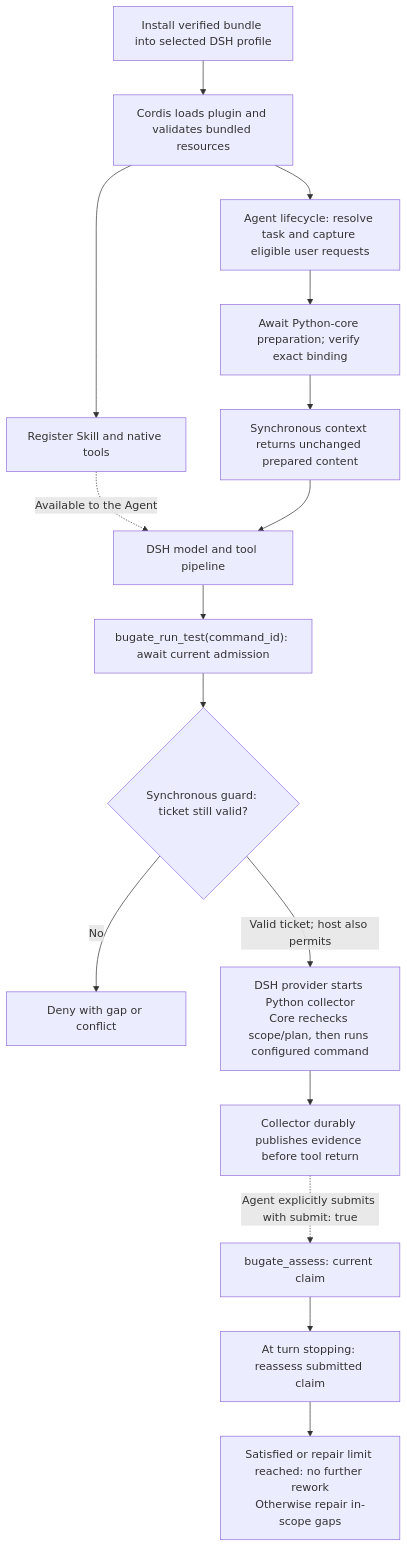
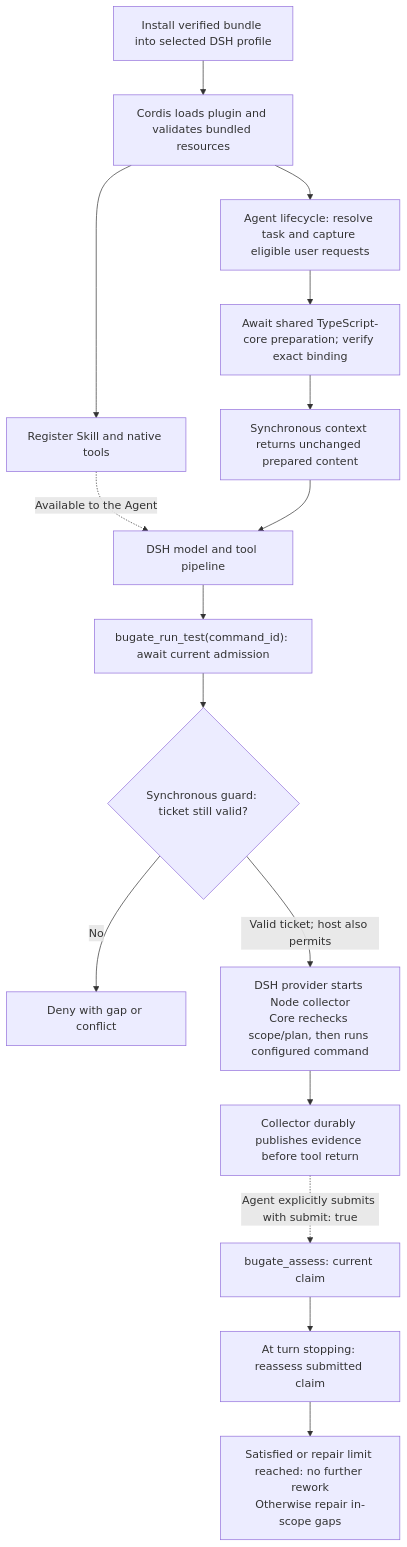
One commit to ZhangLiangchen/BUGate changed the first of 2 diagrams in README.md. Above: the diagram before and after it, drawn with Mermaid. The commit also changed other lines of this file and 119 other files, not shown here.

Commit message:
feat: implement shared TypeScript core and native DSH Team review candidate

````diff
--- a/README.md
+++ b/README.md
@@ -87,18 +86,18 @@
 ```mermaid
 flowchart TD
     A["Install verified bundle into selected DSH profile"] --> B["Cordis loads plugin and validates bundled resources"]
     B --> S["Register Skill and native tools"]
     B --> T["Agent lifecycle: resolve task and capture eligible user requests"]
-    T --> P["Await Python-core preparation; verify exact binding"]
+    T --> P["Await shared TypeScript-core preparation; verify exact binding"]
     P --> C["Synchronous context returns unchanged prepared content"]
     S -. "Available to the Agent" .-> M["DSH model and tool pipeline"]
     C --> M
     M --> Q["bugate_run_test(command_id): await current admission"]
     Q --> G{"Synchronous guard: ticket still valid?"}
     G -->|"No"| N["Deny with gap or conflict"]
-    G -->|"Valid ticket; host also permits"| X["DSH provider starts Python collector<br/>Core rechecks scope/plan, then runs configured command"]
+    G -->|"Valid ticket; host also permits"| X["DSH provider starts Node collector<br/>Core rechecks scope/plan, then runs configured command"]
     X --> E["Collector durably publishes evidence before tool return"]
     E -. "Agent explicitly submits with submit: true" .-> F["bugate_assess: current claim"]
     F --> H["At turn stopping: reassess submitted claim"]
     H --> Z["Satisfied or repair limit reached: no further rework<br/>Otherwise repair in-scope gaps"]
 ```
````
